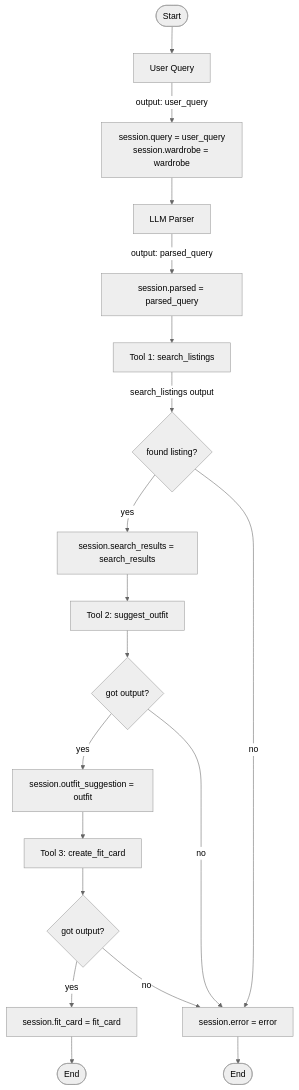
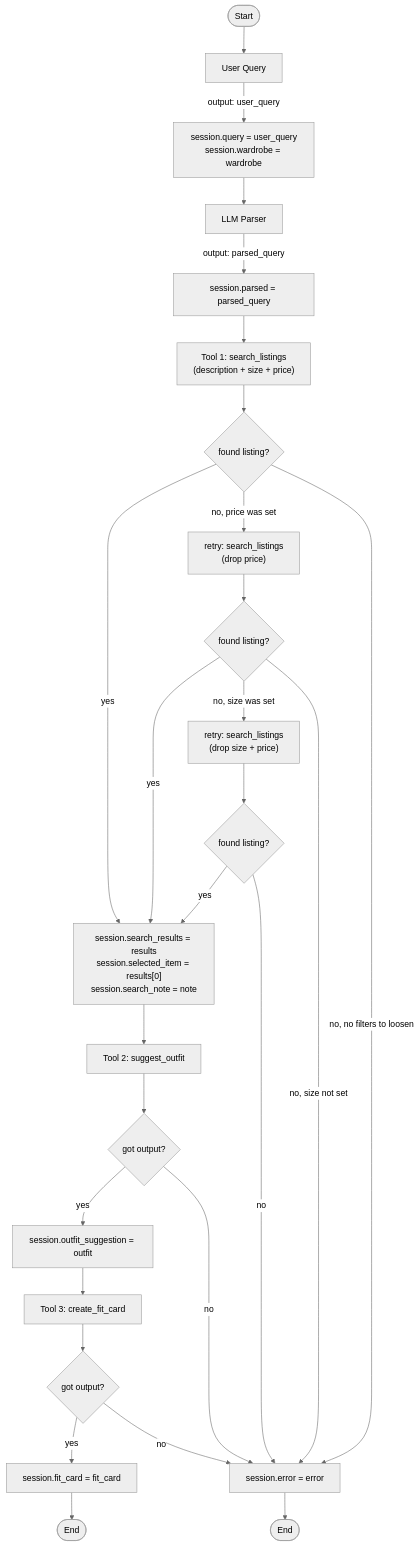
One commit to Aarzoo-Bansal/ai201-project2-fitfindr-starter changed the diagram in planning.md. Above: the diagram before and after it, drawn with Mermaid (neutral theme). The commit also changed other lines of this file, not shown here.

````diff
--- a/planning.md
+++ b/planning.md
@@ -151,21 +155,29 @@
 ```mermaid
 flowchart TD
     Start([Start]) --> UQ[User Query]
     UQ -- "output: user_query" --> INIT["session.query = user_query\nsession.wardrobe = wardrobe"]
     INIT --> PARSE[LLM Parser]
     PARSE -- "output: parsed_query" --> STORE_PARSED["session.parsed = parsed_query"]
-    STORE_PARSED --> T1[Tool 1: search_listings]
-    T1 -- "search_listings output" --> D1{found listing?}
-    D1 -- "yes" --> STORE_SEARCH["session.search_results = search_results"]
-    D1 -- "no" --> ERR["session.error = error"]
+    STORE_PARSED --> T1["Tool 1: search_listings\n(description + size + price)"]
+    T1 --> D1{found listing?}
+    D1 -- "yes" --> STORE_SEARCH["session.search_results = results\nsession.selected_item = results[0]\nsession.search_note = note"]
+    D1 -- "no, price was set" --> T1B["retry: search_listings\n(drop price)"]
+    D1 -- "no, no filters to loosen" --> ERR["session.error = error"]
+    T1B --> D1B{found listing?}
+    D1B -- "yes" --> STORE_SEARCH
+    D1B -- "no, size was set" --> T1C["retry: search_listings\n(drop size + price)"]
+    D1B -- "no, size not set" --> ERR
+    T1C --> D1C{found listing?}
+    D1C -- "yes" --> STORE_SEARCH
+    D1C -- "no" --> ERR
     STORE_SEARCH --> T2[Tool 2: suggest_outfit]
     T2 --> D2{got output?}
     D2 -- "yes" --> STORE_OUTFIT["session.outfit_suggestion = outfit"]
     D2 -- "no" --> ERR
     STORE_OUTFIT --> T3[Tool 3: create_fit_card]
     T3 --> D3{got output?}
     D3 -- "yes" --> STORE_CARD["session.fit_card = fit_card"]
     D3 -- "no" --> ERR
     STORE_CARD --> END_OK([End])
     ERR --> END_ERR([End])
 ```
````
